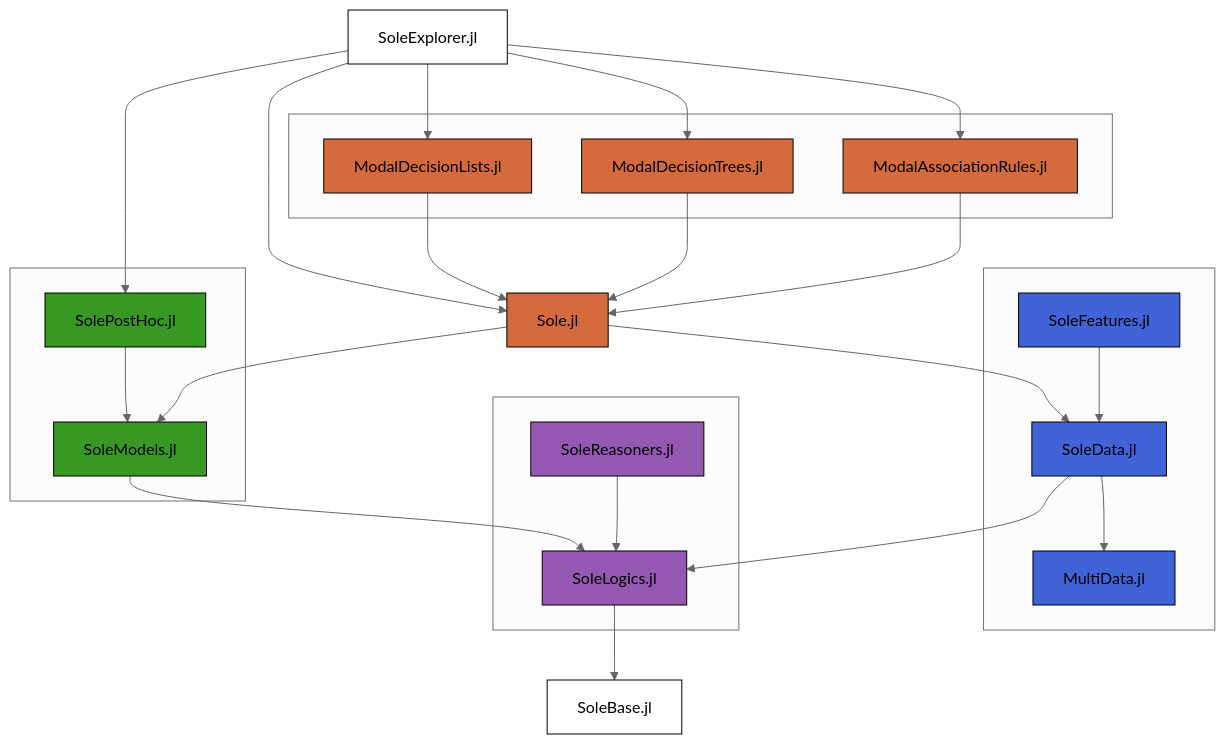
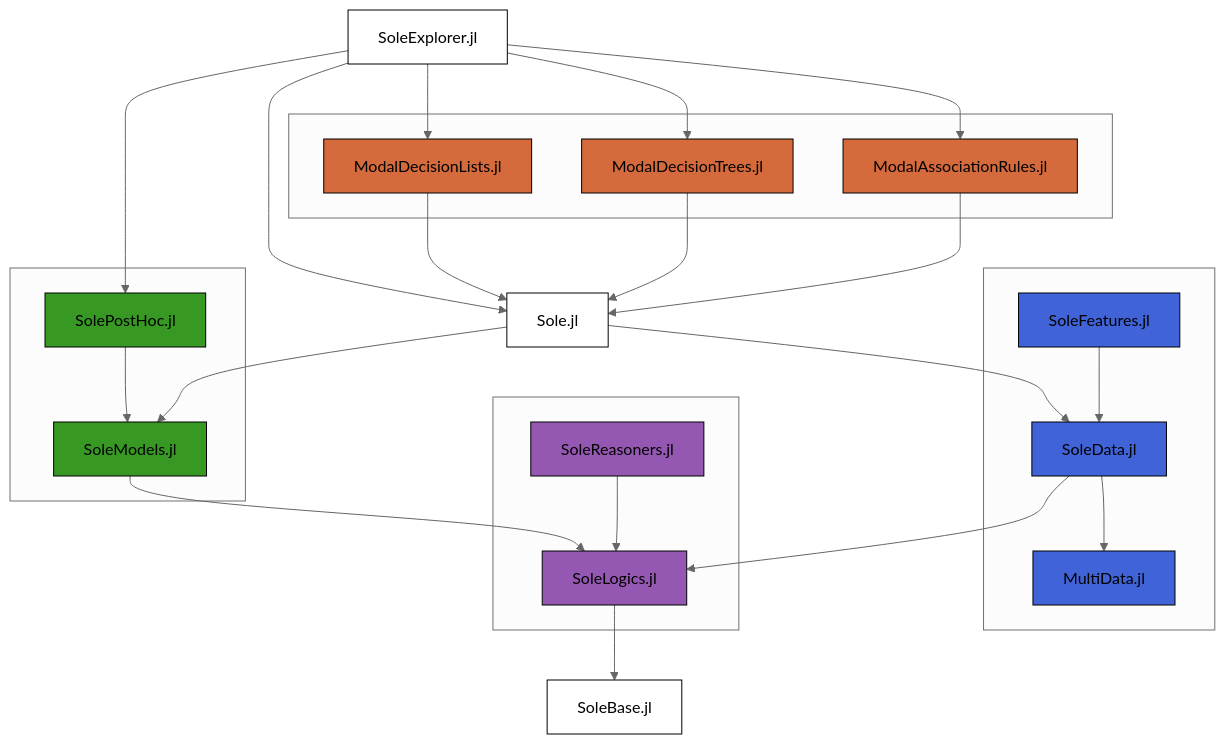
Before and after one commit to aclai-lab/Sole.jl: the second of 2 diagrams in README.md, drawn with Mermaid (neutral theme).

Commit message:
"Sole" node white fill color in Sole schema

````diff
--- a/README.md
+++ b/README.md
@@ -113,61 +113,61 @@
 ```mermaid
 graph TD
     SX[<font color="black">SoleExplorer.jl</font>]
 
     subgraph Group1[ ]
         MAR[<font color="black">ModalAssociationRules.jl</font>]
         MDT[<font color="black">ModalDecisionTrees.jl</font>]
         MDL[<font color="black">ModalDecisionLists.jl</font>]
     end
     S[<font color="black">Sole.jl</font>]
 
     subgraph Group2[ ]
         SF[<font color="black">SoleFeatures.jl</font>]
         SD[<font color="black">SoleData.jl</font>]
         MD[<font color="black">MultiData.jl</font>]
     end
 
     subgraph Group3[ ]
         PHC[<font color="black">SolePostHoc.jl</font>]
         SM[<font color="black">SoleModels.jl</font>]
     end
 
     subgraph Group4[ ]
         SL[<font color="black">SoleLogics.jl</font>]
         SR[<font color="black">SoleReasoners.jl</font>]
     end
     SB[<font color="black">SoleBase.jl</font>]
 
     SX --> MDL 
     SX --> MDT
     SX --> MAR
     SX --> S
     SX --> PHC
 
     SL --> SB
     SD --> SL
     SD --> MD
     SM --> SL
     S --> SD
     PHC --> SM
     S --> SM
     SF --> SD
     MDL --> S
     MDT --> S
     MAR --> S
     SR --> SL
 
     style SX fill:#FFFFFF,stroke:#000000
     style SB fill:#FFFFFF,stroke:#000000
     style SL fill:#9558B2,stroke:#000000
     style SD fill:#4063D8,stroke:#000000
     style SM fill:#389824,stroke:#000000
     style SF fill:#4063D8,stroke:#000000
-    style S fill:#D56B3D,stroke:#000000
+    style S fill:#FFFFFF,stroke:#000000
     style MDL fill:#D56B3D,stroke:#000000
     style MDT fill:#D56B3D,stroke:#000000
     style MAR fill:#D56B3D,stroke:#000000
     style PHC fill:#389824,stroke:#000000
     style SR fill:#9558B2,stroke:#000000
     style MD fill:#4063D8,stroke:#000000
 ```
````
